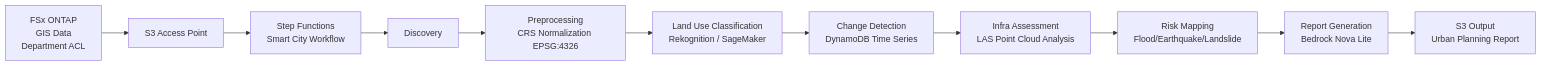
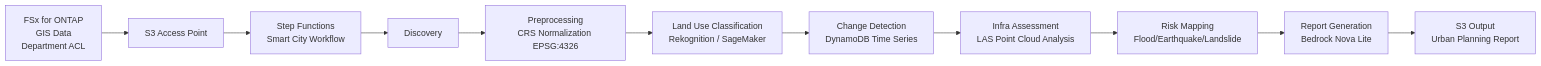
Before and after one commit to Yoshiki0705/FSx-for-ONTAP-S3AccessPoints-Serverless-Patterns: the diagram in smart-city-geospatial/docs/architecture.en.md, drawn with Mermaid. The commit also changed other lines of this file and 752 other files, not shown here.

````diff
--- a/smart-city-geospatial/docs/architecture.en.md
+++ b/smart-city-geospatial/docs/architecture.en.md
@@ -15,13 +15,13 @@
 ```mermaid
 graph LR
-    FSx[FSx ONTAP<br/>GIS Data<br/>Department ACL] --> S3AP[S3 Access Point]
+    FSx[FSx for ONTAP<br/>GIS Data<br/>Department ACL] --> S3AP[S3 Access Point]
     S3AP --> SFN[Step Functions<br/>Smart City Workflow]
     SFN --> L1[Discovery]
     L1 --> L2[Preprocessing<br/>CRS Normalization EPSG:4326]
     L2 --> L3[Land Use Classification<br/>Rekognition / SageMaker]
     L3 --> L4[Change Detection<br/>DynamoDB Time Series]
     L4 --> L5[Infra Assessment<br/>LAS Point Cloud Analysis]
     L5 --> L6[Risk Mapping<br/>Flood/Earthquake/Landslide]
     L6 --> L7[Report Generation<br/>Bedrock Nova Lite]
     L7 --> S3O[S3 Output<br/>Urban Planning Report]
 ```
````
